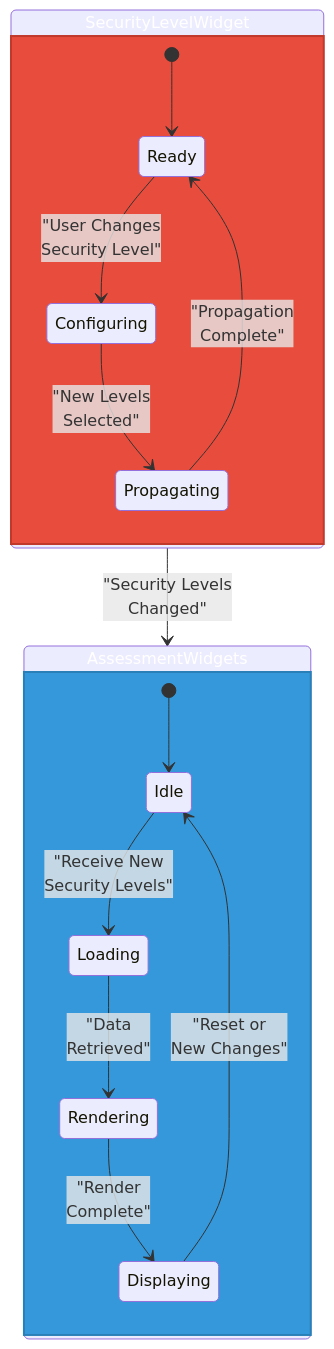
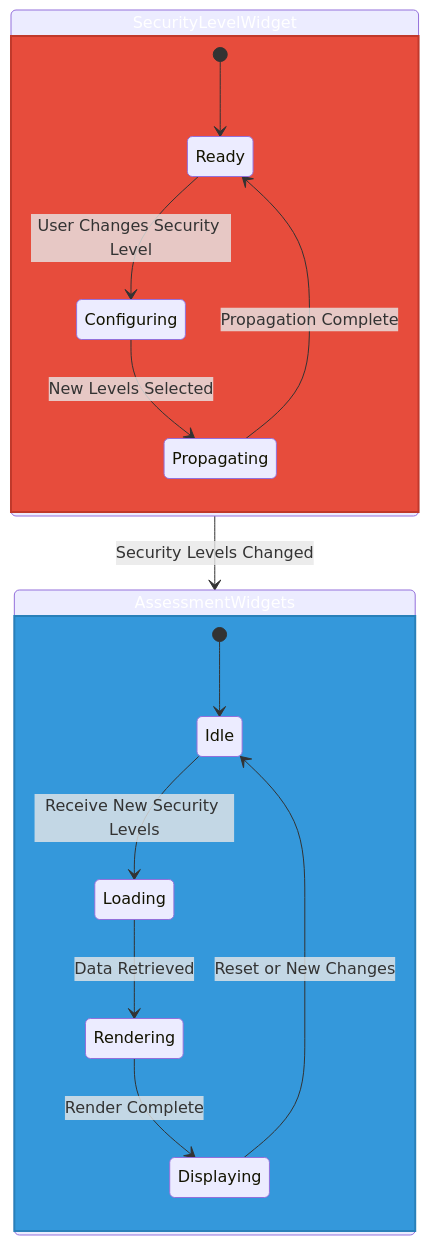
The fourth of 7 diagrams in docs/architecture/STATEDIAGRAM.md (Hack23/cia-compliance-manager), drawn with Mermaid before and after one commit. The commit also changed other lines of this file, not shown here.

Commit message:
fix(docs): enhance clarity in STATEDIAGRAM.md by removing unnecessary line breaks and improving state descriptions

````diff
--- a/docs/architecture/STATEDIAGRAM.md
+++ b/docs/architecture/STATEDIAGRAM.md
@@ -172,25 +172,25 @@
 ```mermaid
 stateDiagram-v2
     state SecurityLevelWidget {
         [*] --> Ready
-        Ready --> Configuring: "User Changes<br>Security Level"
-        Configuring --> Propagating: "New Levels<br>Selected"
-        Propagating --> Ready: "Propagation<br>Complete"
+        Ready --> Configuring: User Changes Security Level
+        Configuring --> Propagating: New Levels Selected
+        Propagating --> Ready: Propagation Complete
     }
     
     state AssessmentWidgets {
         [*] --> Idle
-        Idle --> Loading: "Receive New<br>Security Levels"
-        Loading --> Rendering: "Data<br>Retrieved"
-        Rendering --> Displaying: "Render<br>Complete"
-        Displaying --> Idle: "Reset or<br>New Changes"
+        Idle --> Loading: Receive New Security Levels
+        Loading --> Rendering: Data Retrieved
+        Rendering --> Displaying: Render Complete
+        Displaying --> Idle: Reset or New Changes
     }
     
-    SecurityLevelWidget --> AssessmentWidgets: "Security Levels<br>Changed"
+    SecurityLevelWidget --> AssessmentWidgets: Security Levels Changed
     
     classDef slw fill:#e74c3c,stroke:#c0392b,stroke-width:2px,color:white
     classDef aw fill:#3498db,stroke:#2980b9,stroke-width:2px,color:white
     
     class SecurityLevelWidget slw
     class AssessmentWidgets aw
 ```
````
